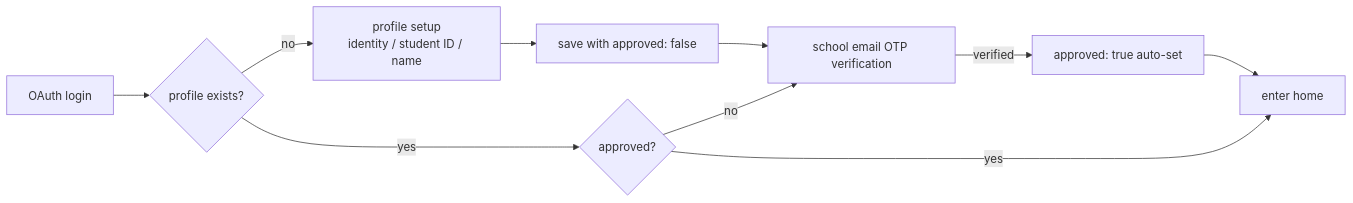
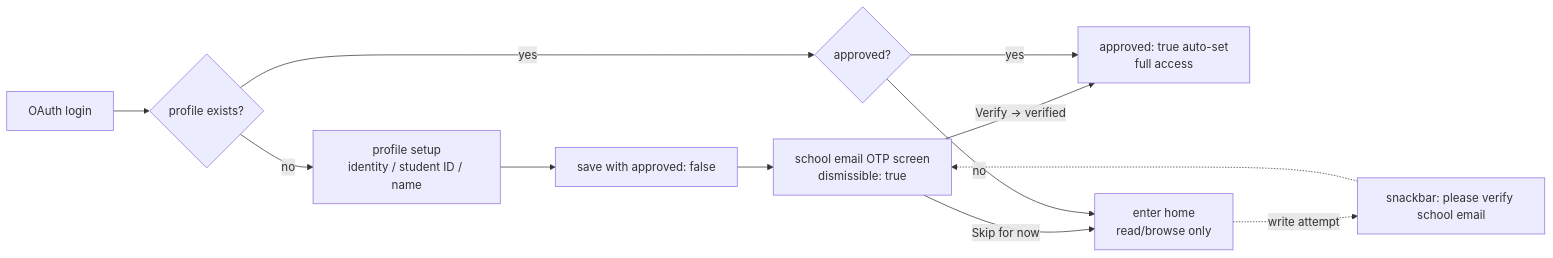
One commit to Monkshark/hansol_hs_flutter_app changed the second of 3 diagrams in docs/guides/account-and-access_en.md. Above: the diagram before and after it, drawn with Mermaid. The commit also changed other lines of this file and 9 other files, not shown here.

````diff
--- a/docs/guides/account-and-access_en.md
+++ b/docs/guides/account-and-access_en.md
@@ -71,12 +71,14 @@
 ```mermaid
 graph LR
     A[OAuth login] --> B{profile exists?}
     B -->|no| C[profile setup<br/>identity / student ID / name]
     B -->|yes| D{approved?}
     C --> E[save with approved: false]
-    E --> F[school email OTP verification]
-    F -->|verified| G[approved: true auto-set]
-    G --> H[enter home]
-    D -->|yes| H
-    D -->|no| F
+    E --> F[school email OTP screen<br/>dismissible: true]
+    F -->|Verify → verified| G[approved: true auto-set<br/>full access]
+    F -->|Skip for now| V[enter home<br/>read/browse only]
+    V -.->|write attempt| W[snackbar: please verify school email]
+    W -.-> F
+    D -->|yes| G
+    D -->|no| V
 ```
````
